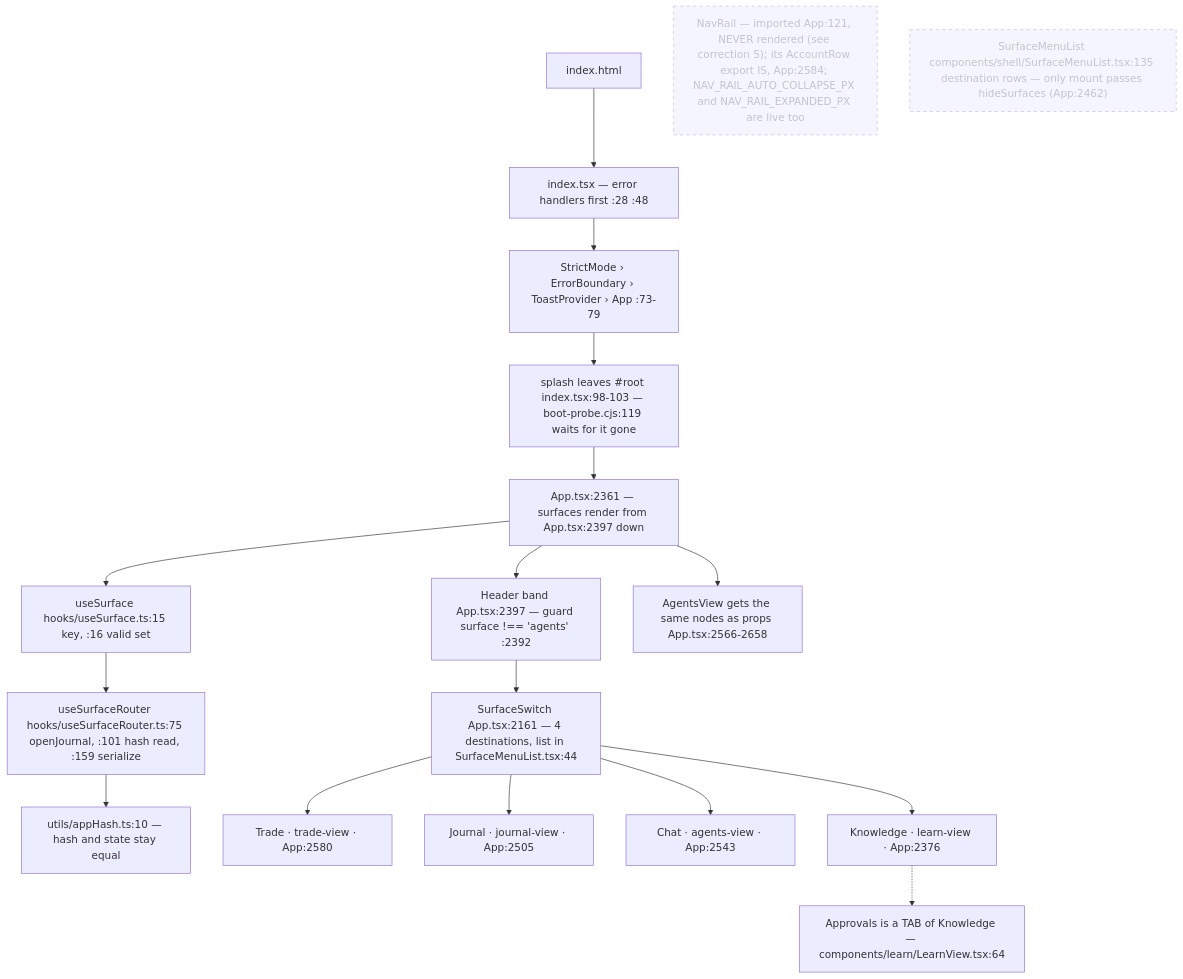
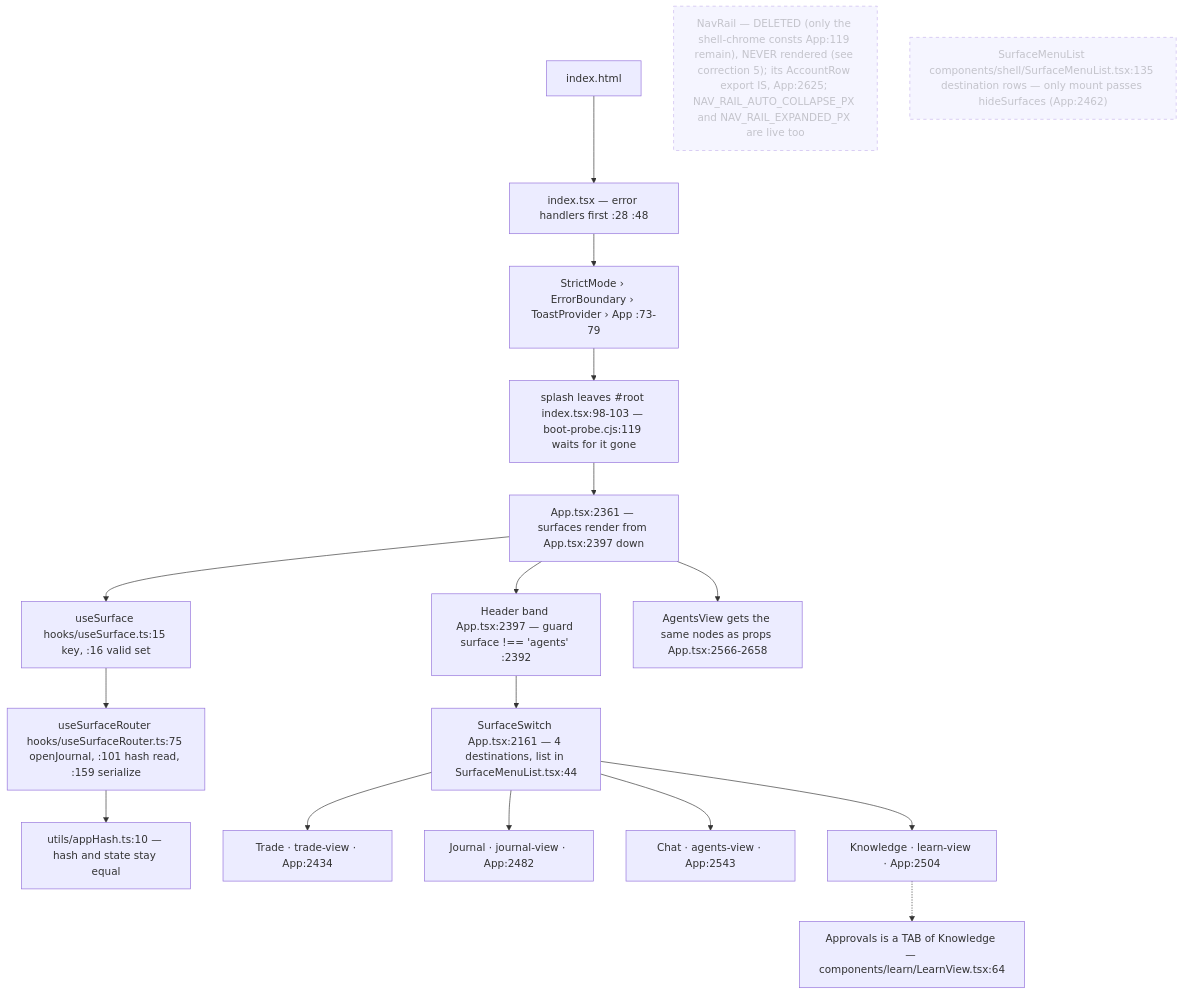
The first of 8 diagrams in docs/app-flow.md (Acepay25/august-3.5), drawn with Mermaid before and after one commit. The commit also changed other lines of this file and 30 other files, not shown here.

````diff
--- a/docs/app-flow.md
+++ b/docs/app-flow.md
@@ -49,21 +49,21 @@
 ```mermaid
 flowchart TD
     H["index.html"] --> I["index.tsx — error handlers first :28 :48"]
     I --> S["StrictMode › ErrorBoundary › ToastProvider › App :73-79"]
     S --> SP["splash leaves #root index.tsx:98-103 — boot-probe.cjs:119 waits for it gone"]
     SP --> APP["App.tsx:2361 — surfaces render from App.tsx:2397 down"]
     APP --> US["useSurface hooks/useSurface.ts:15 key, :16 valid set"]
     US --> UR["useSurfaceRouter hooks/useSurfaceRouter.ts:75 openJournal, :101 hash read, :159 serialize"]
     UR --> HASH["utils/appHash.ts:10 — hash and state stay equal"]
     APP --> HD["Header band App.tsx:2397 — guard surface !== 'agents' :2392"]
     HD --> SW["SurfaceSwitch App.tsx:2161 — 4 destinations, list in SurfaceMenuList.tsx:44"]
     APP --> AV["AgentsView gets the same nodes as props App.tsx:2566-2658"]
-    SW --> T["Trade · trade-view · App:2580"]
-    SW --> J["Journal · journal-view · App:2505"]
+    SW --> T["Trade · trade-view · App:2434"]
+    SW --> J["Journal · journal-view · App:2482"]
     SW --> C["Chat · agents-view · App:2543"]
-    SW --> K["Knowledge · learn-view · App:2376"]
+    SW --> K["Knowledge · learn-view · App:2504"]
     K -.-> AP["Approvals is a TAB of Knowledge — components/learn/LearnView.tsx:64"]
-    NR["NavRail — imported App:121, NEVER rendered (see correction 5); its AccountRow export IS, App:2584; NAV_RAIL_AUTO_COLLAPSE_PX and NAV_RAIL_EXPANDED_PX are live too"]:::dead
+    NR["NavRail — DELETED (only the shell-chrome consts App:119 remain), NEVER rendered (see correction 5); its AccountRow export IS, App:2625; NAV_RAIL_AUTO_COLLAPSE_PX and NAV_RAIL_EXPANDED_PX are live too"]:::dead
     SM["SurfaceMenuList components/shell/SurfaceMenuList.tsx:135 destination rows — only mount passes hideSurfaces (App:2462)"]:::dead
     classDef dead stroke-dasharray: 5 5,opacity:.5
 ```
````
